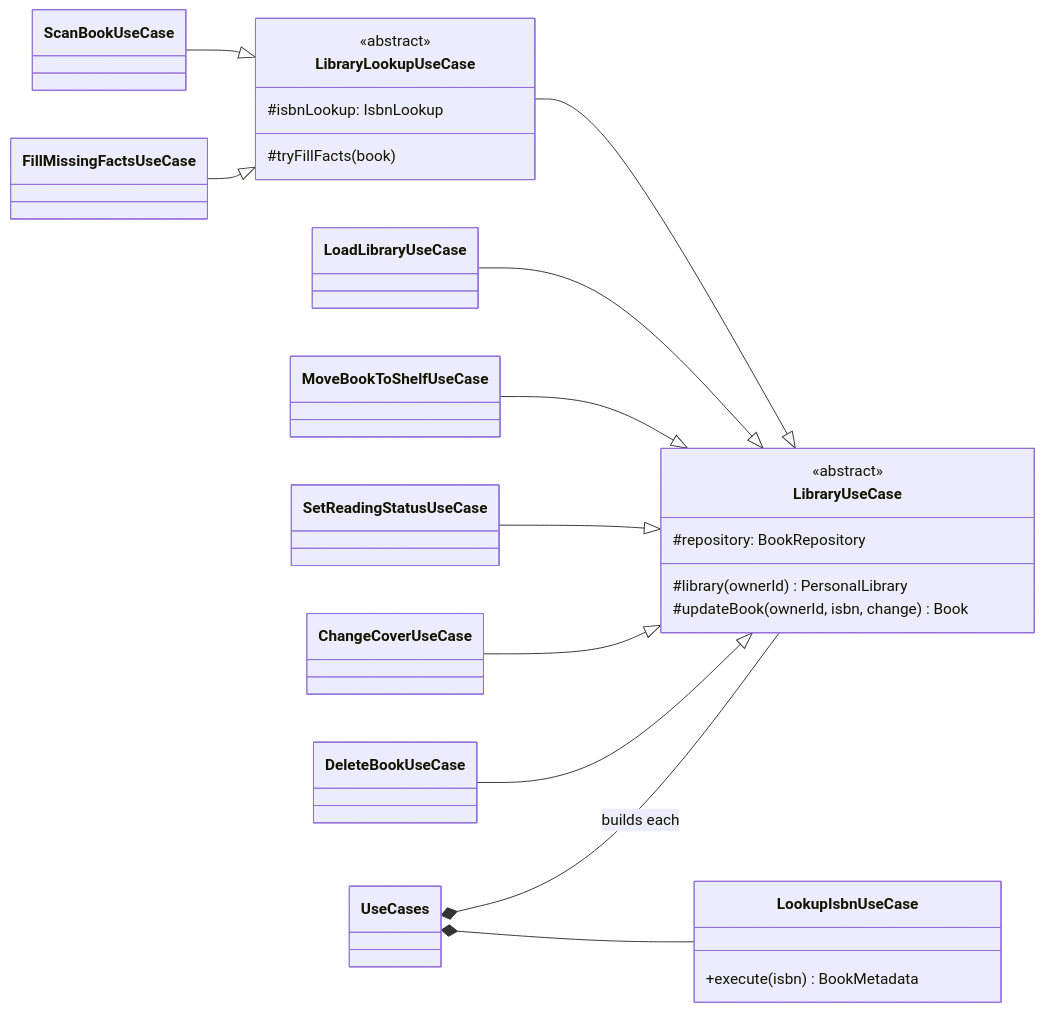
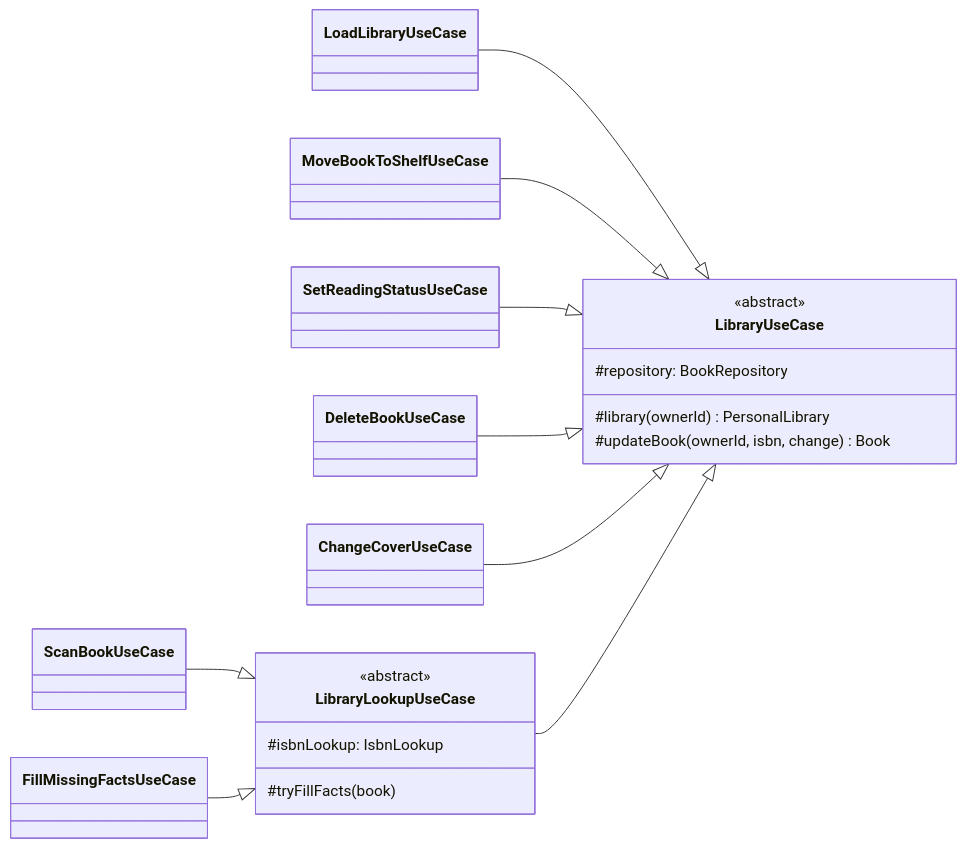
One commit to ghechavarria/cen5064-project-hechavarria changed the diagram in docs/design/diagrams/iface-service.mmd. Above: the diagram before and after it, drawn with Mermaid. The commit also changed 8 other files, not shown here.

First line of the commit message:
Design doc: readable Service and Data interface diagrams; drop the class diagrams that repeated them

```diff
--- a/docs/design/diagrams/iface-service.mmd
+++ b/docs/design/diagrams/iface-service.mmd
@@ -1,26 +1,21 @@
 classDiagram
     direction LR
     class LibraryUseCase {
         <<abstract>>
         #repository: BookRepository
         #library(ownerId) PersonalLibrary
         #updateBook(ownerId, isbn, change) Book
     }
     class LibraryLookupUseCase {
         <<abstract>>
         #isbnLookup: IsbnLookup
         #tryFillFacts(book)
     }
-    class LookupIsbnUseCase {
-        +execute(isbn) BookMetadata
-    }
-    LibraryLookupUseCase --|> LibraryUseCase
     LoadLibraryUseCase --|> LibraryUseCase
     MoveBookToShelfUseCase --|> LibraryUseCase
     SetReadingStatusUseCase --|> LibraryUseCase
+    DeleteBookUseCase --|> LibraryUseCase
     ChangeCoverUseCase --|> LibraryUseCase
-    DeleteBookUseCase --|> LibraryUseCase
+    LibraryLookupUseCase --|> LibraryUseCase
     ScanBookUseCase --|> LibraryLookupUseCase
     FillMissingFactsUseCase --|> LibraryLookupUseCase
-    UseCases *-- LibraryUseCase : builds each
-    UseCases *-- LookupIsbnUseCase
```
